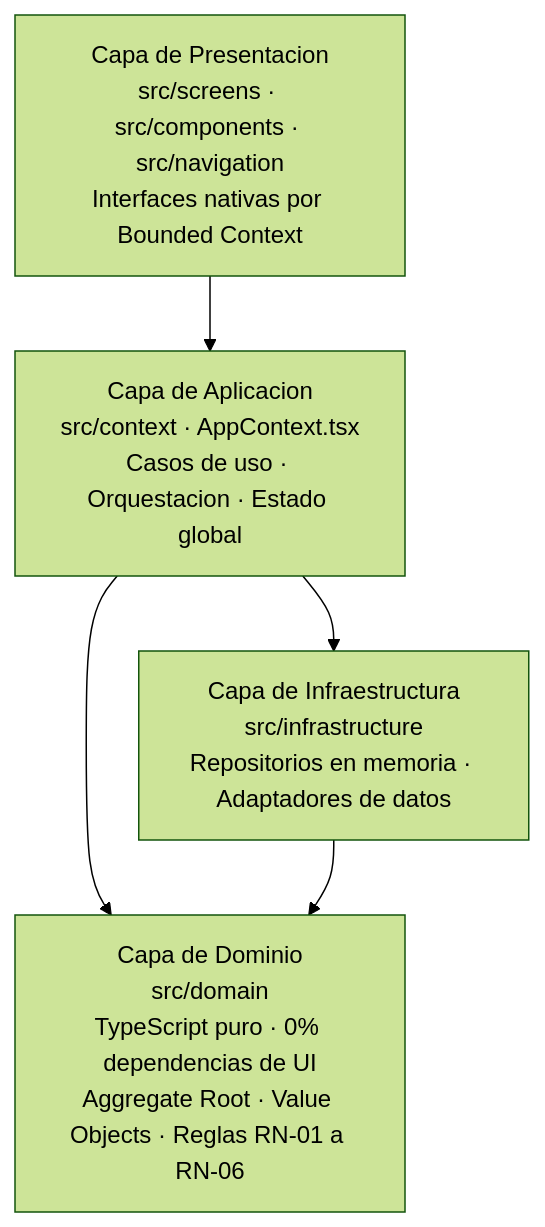
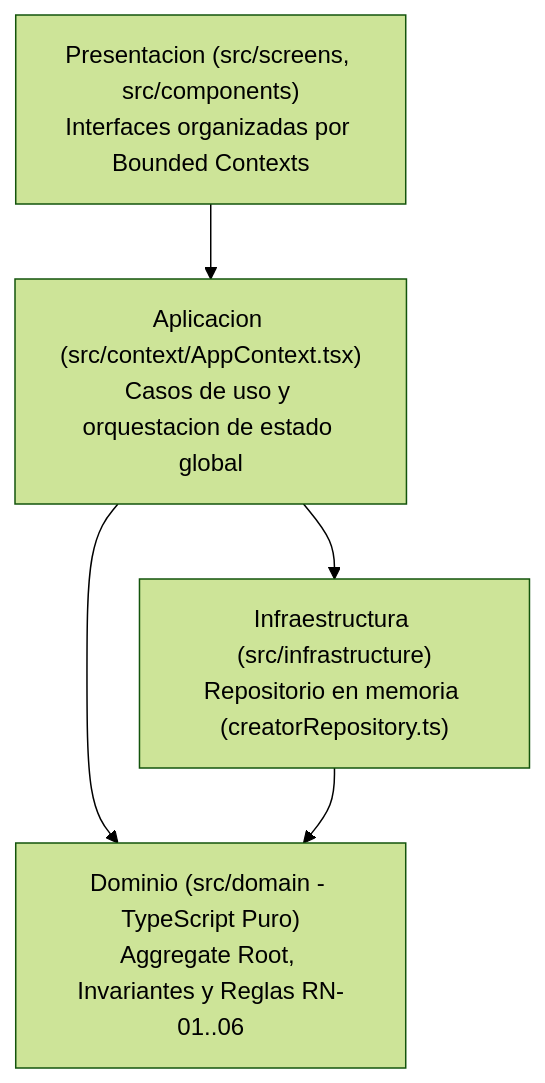
Before and after one commit to JessielCH/BrandFit: the second of 2 diagrams in README.md, drawn with Mermaid (forest theme). The commit also changed other lines of this file, not shown here.

Commit message:
docs: streamline README by eliminating redundancies, consolidating tables and refining Mermaid diagrams

````diff
--- a/README.md
+++ b/README.md
@@ -162,12 +74,12 @@
 ```mermaid
 graph TD
-    P["Capa de Presentacion\nsrc/screens · src/components · src/navigation\nInterfaces nativas por Bounded Context"]
-    A["Capa de Aplicacion\nsrc/context · AppContext.tsx\nCasos de uso · Orquestacion · Estado global"]
-    I["Capa de Infraestructura\nsrc/infrastructure\nRepositorios en memoria · Adaptadores de datos"]
-    D["Capa de Dominio\nsrc/domain\nTypeScript puro · 0% dependencias de UI\nAggregate Root · Value Objects · Reglas RN-01 a RN-06"]
+    P["Presentacion (src/screens, src/components)\nInterfaces organizadas por Bounded Contexts"]
+    A["Aplicacion (src/context/AppContext.tsx)\nCasos de uso y orquestacion de estado global"]
+    I["Infraestructura (src/infrastructure)\nRepositorio en memoria (creatorRepository.ts)"]
+    D["Dominio (src/domain - TypeScript Puro)\nAggregate Root, Invariantes y Reglas RN-01..06"]
 
     P --> A
     A --> I
     A --> D
     I --> D
 ```
````
